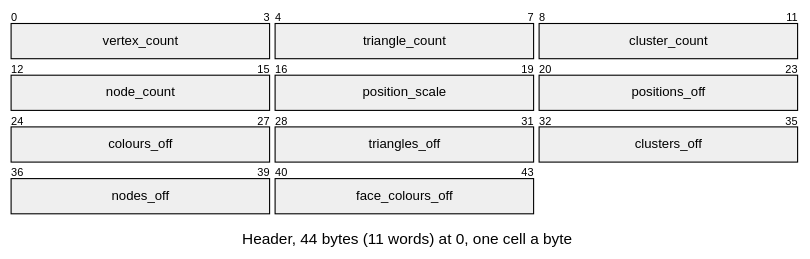
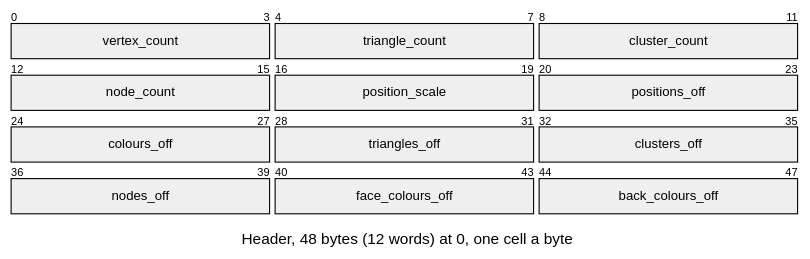
Before and after one commit to jose-villegas/autana: the first of 8 diagrams in docs/assets/formats/LMSH.md, drawn with Mermaid. The commit also changed other lines of this file and 34 other files, not shown here.

First line of the commit message:
r3d: two-sided materials carry back colours; LMSH clusters gain back_first (24 B), LCOL v2 sets hold front then back, the raster picks the side by winding

````diff
--- a/docs/assets/formats/LMSH.md
+++ b/docs/assets/formats/LMSH.md
@@ -13,22 +18,23 @@
 ```mermaid
 ---
 config:
-  themeCSS: "g:nth-of-type(2) rect:nth-of-type(1) { fill: #93d6b0 !important; } g:nth-of-type(2) rect:nth-of-type(2) { fill: #93d6b0 !important; } g:nth-of-type(2) rect:nth-of-type(3) { fill: #93d6b0 !important; } g:nth-of-type(3) rect:nth-of-type(1) { fill: #93d6b0 !important; } g:nth-of-type(3) rect:nth-of-type(2) { fill: #e3e3e3 !important; } g:nth-of-type(3) rect:nth-of-type(3) { fill: #f4a885 !important; } g:nth-of-type(4) rect:nth-of-type(1) { fill: #f4a885 !important; } g:nth-of-type(4) rect:nth-of-type(2) { fill: #f4a885 !important; } g:nth-of-type(4) rect:nth-of-type(3) { fill: #f4a885 !important; } g:nth-of-type(5) rect:nth-of-type(1) { fill: #f4a885 !important; } g:nth-of-type(5) rect:nth-of-type(2) { fill: #f4a885 !important; } .packetLabel { fill: #1b1b1b !important; }"
+  themeCSS: "g:nth-of-type(2) rect:nth-of-type(1) { fill: #93d6b0 !important; } g:nth-of-type(2) rect:nth-of-type(2) { fill: #93d6b0 !important; } g:nth-of-type(2) rect:nth-of-type(3) { fill: #93d6b0 !important; } g:nth-of-type(3) rect:nth-of-type(1) { fill: #93d6b0 !important; } g:nth-of-type(3) rect:nth-of-type(2) { fill: #e3e3e3 !important; } g:nth-of-type(3) rect:nth-of-type(3) { fill: #f4a885 !important; } g:nth-of-type(4) rect:nth-of-type(1) { fill: #f4a885 !important; } g:nth-of-type(4) rect:nth-of-type(2) { fill: #f4a885 !important; } g:nth-of-type(4) rect:nth-of-type(3) { fill: #f4a885 !important; } g:nth-of-type(5) rect:nth-of-type(1) { fill: #f4a885 !important; } g:nth-of-type(5) rect:nth-of-type(2) { fill: #f4a885 !important; } g:nth-of-type(5) rect:nth-of-type(3) { fill: #f4a885 !important; } .packetLabel { fill: #1b1b1b !important; }"
   packet:
     bitsPerRow: 12
     bitWidth: 60
 ---
 packet-beta
-title Header, 44 bytes (11 words) at 0, one cell a byte
+title Header, 48 bytes (12 words) at 0, one cell a byte
 0-3: "vertex_count"
 4-7: "triangle_count"
 8-11: "cluster_count"
 12-15: "node_count"
 16-19: "position_scale"
 20-23: "positions_off"
 24-27: "colours_off"
 28-31: "triangles_off"
 32-35: "clusters_off"
 36-39: "nodes_off"
 40-43: "face_colours_off"
+44-47: "back_colours_off"
 ```
````
